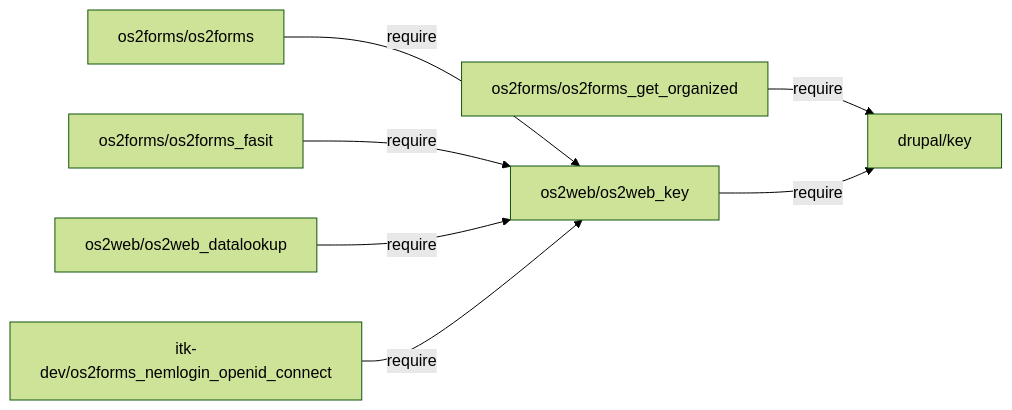
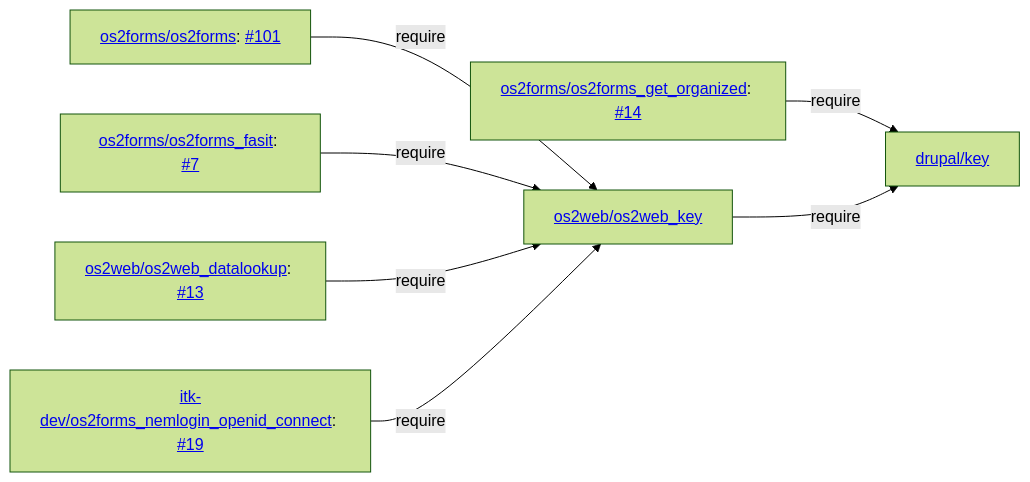
Before and after one commit to itk-dev/os2forms_selvbetjening: the diagram in docs/Keys.md, drawn with Mermaid (forest theme). The commit also changed other lines of this file, not shown here.

Commit message:
Updated graph

````diff
--- a/docs/Keys.md
+++ b/docs/Keys.md
@@ -70,15 +72,15 @@
 ```mermaid
 flowchart LR
-  os2forms[os2forms/os2forms] -->|require| os2web_key[os2web/os2web_key]
+  os2forms[<a href='https://github.com/OS2Forms/os2forms'>os2forms/os2forms</a>: <a href='https://github.com/OS2Forms/os2forms/pull/101'>#101</a>] -->|require| os2web_key[<a href='https://github.com/OS2web/os2web_key'>os2web/os2web_key</a>]
 
-  os2forms_fasit[os2forms/os2forms_fasit]  -->|require| os2web_key
+  os2forms_fasit[<a href='https://github.com/itk-dev/os2forms_fasit'>os2forms/os2forms_fasit</a>: <a href='https://github.com/itk-dev/os2forms_fasit/pull/7'>#7</a>]  -->|require| os2web_key
 
-  os2forms_get_organized[os2forms/os2forms_get_organized] -->|require| key[drupal/key]
+  os2forms_get_organized[<a href='https://github.com/OS2Forms/os2forms_get_organized'>os2forms/os2forms_get_organized</a>: <a href='https://github.com/OS2Forms/os2forms_get_organized/pull/14'>#14</a>] -->|require| key[<a href='https://www.drupal.org/project/key'>drupal/key</a>]
 
-  os2web_datalookup[os2web/os2web_datalookup] -->|require| os2web_key
+  os2web_datalookup[<a href='https://github.com/OS2web/os2web_datalookup'>os2web/os2web_datalookup</a>: <a href='https://github.com/OS2web/os2web_datalookup/pull/13'>#13</a>] -->|require| os2web_key
 
   os2web_key -->|require| key
 
-  os2forms_nemlogin_openid_connect[itk-dev/os2forms_nemlogin_openid_connect] -->|require| os2web_key
+  os2forms_nemlogin_openid_connect[<a href='https://github.com/itk-dev/os2forms_nemlogin_openid_connect'>itk-dev/os2forms_nemlogin_openid_connect</a>: <a href='https://github.com/itk-dev/os2forms_nemlogin_openid_connect/pull/19'>#19</a>] -->|require| os2web_key
   %% os2forms_nemlogin_openid_connect -->|require| os2web_nemlogin[os2web/os2web_nemlogin]
 ```
````
